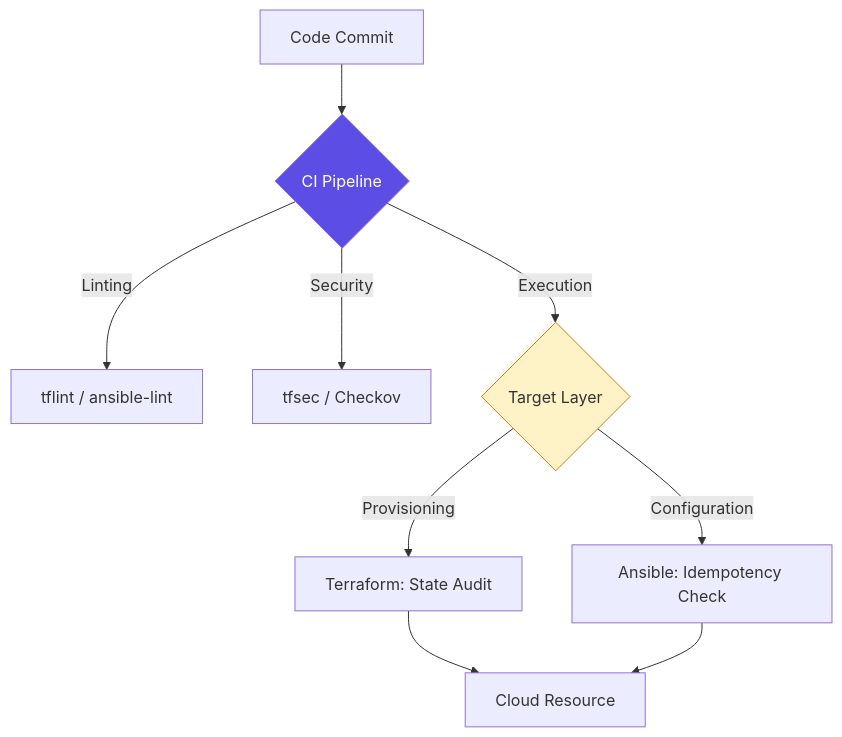
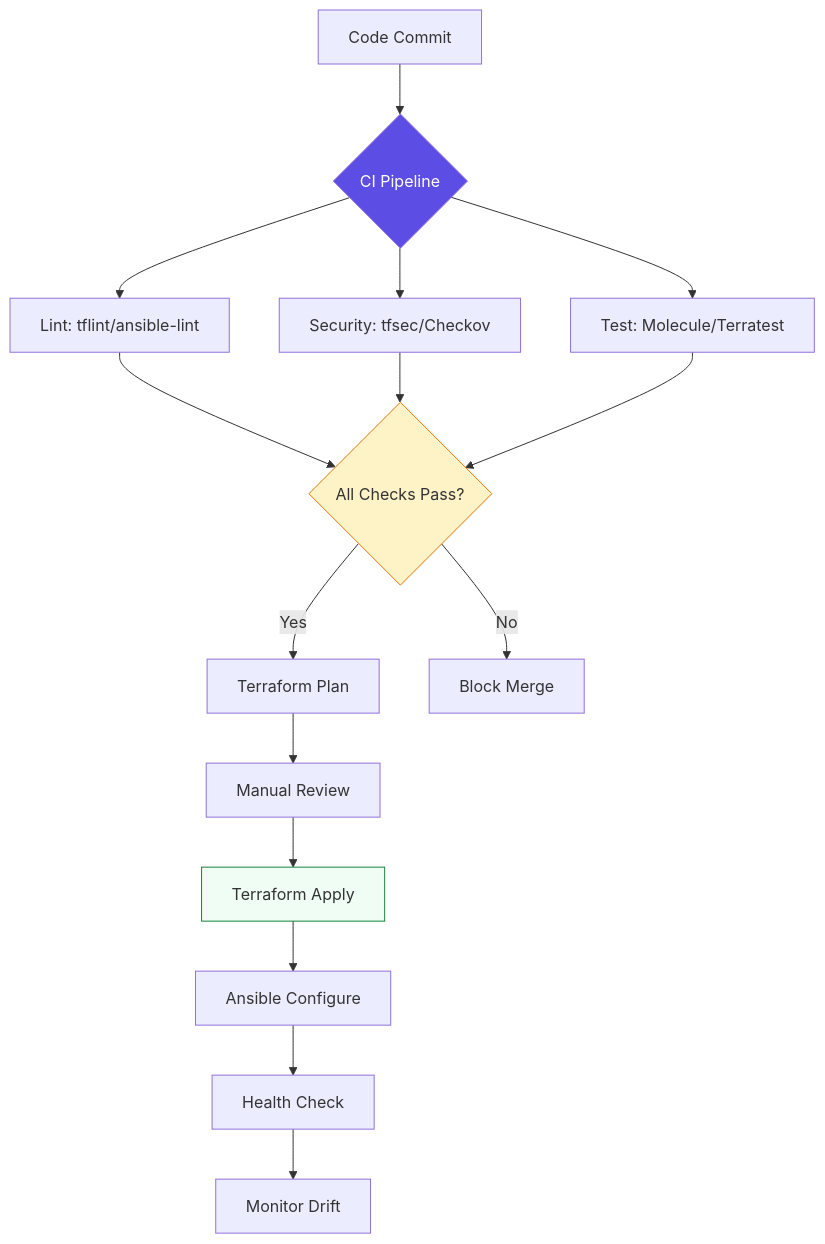
One commit to Ganil151/Devops changed the diagram in 02-intermediate/02-phase-2/01-infrastructure-automation/02-config-management/00-reference-and-metadata/readme.md. Above: the diagram before and after it, drawn with Mermaid. The commit also changed other lines of this file, not shown here.

````diff
--- a/02-intermediate/02-phase-2/01-infrastructure-automation/02-config-management/00-reference-and-metadata/readme.md
+++ b/02-intermediate/02-phase-2/01-infrastructure-automation/02-config-management/00-reference-and-metadata/readme.md
@@ -39,16 +110,24 @@
 ```mermaid
 graph TD
     A[Code Commit] --> B{CI Pipeline}
-    B -- Linting --> C[tflint / ansible-lint]
-    B -- Security --> D[tfsec / Checkov]
-    B -- Execution --> E{Target Layer}
+    B --> C[Lint: tflint/ansible-lint]
+    B --> D[Security: tfsec/Checkov]
+    B --> E[Test: Molecule/Terratest]
     
-    E -- Provisioning --> F[Terraform: State Audit]
-    E -- Configuration --> G[Ansible: Idempotency Check]
+    C --> F{All Checks Pass?}
+    D --> F
+    E --> F
     
-    F --> H[Cloud Resource]
-    G --> H
+    F -->|Yes| G[Terraform Plan]
+    F -->|No| H[Block Merge]
+    
+    G --> I[Manual Review]
+    I --> J[Terraform Apply]
+    J --> K[Ansible Configure]
+    K --> L[Health Check]
+    L --> M[Monitor Drift]
     
     style B fill:#5c4ee5,color:#fff
-    style E fill:#fef3c7,stroke:#d97706
+    style F fill:#fef3c7,stroke:#d97706
+    style J fill:#f0fdf4,stroke:#15803d
 ```
````
